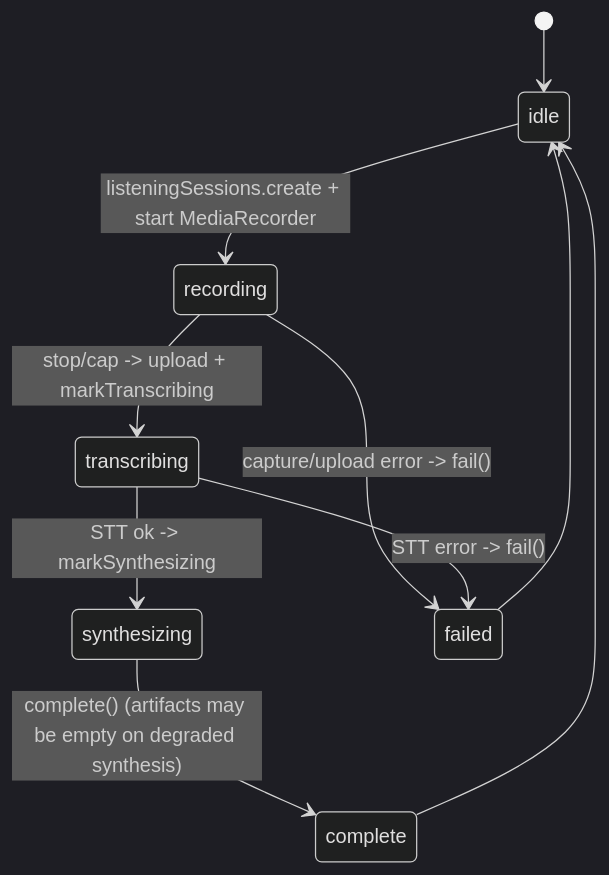
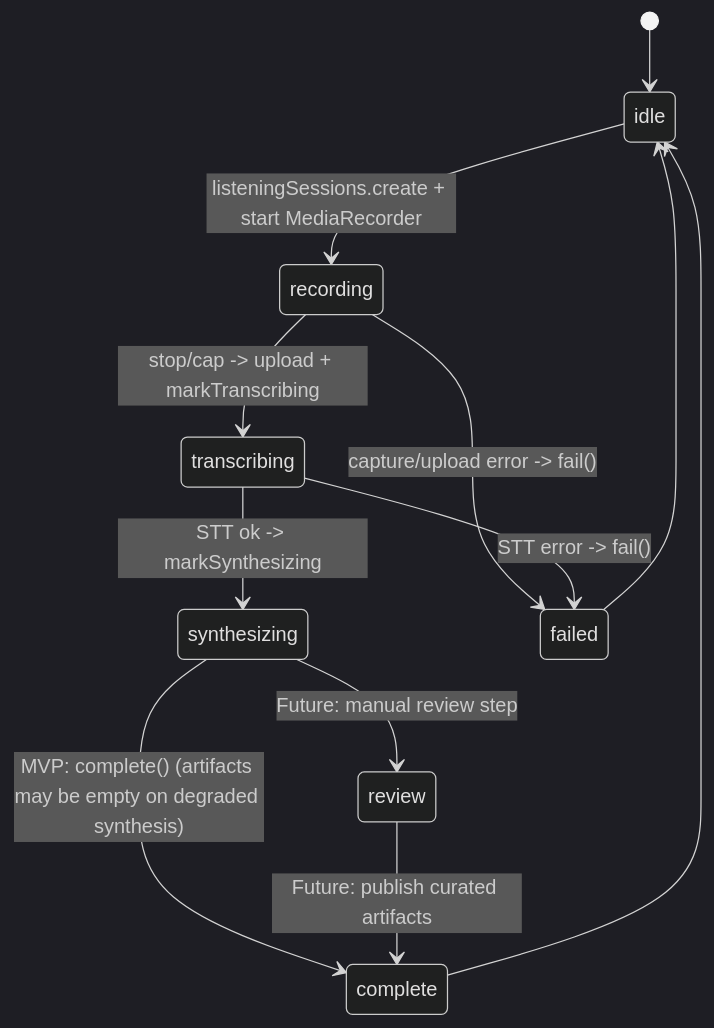
Before and after one commit to misty-step/bibliomnomnom: the first of 2 diagrams in docs/flows/listening-sessions.md, drawn with Mermaid (dark theme). The commit also changed other lines of this file and 2 other files, not shown here.

Commit message:
perf(listening-sessions): bound synthesis context

````diff
--- a/docs/flows/listening-sessions.md
+++ b/docs/flows/listening-sessions.md
@@ -48,12 +50,14 @@
 ```mermaid
 stateDiagram-v2
     [*] --> idle
     idle --> recording: listeningSessions.create + start MediaRecorder
     recording --> transcribing: stop/cap -> upload + markTranscribing
     transcribing --> synthesizing: STT ok -> markSynthesizing
-    synthesizing --> complete: complete() (artifacts may be empty on degraded synthesis)
+    synthesizing --> complete: MVP: complete() (artifacts may be empty on degraded synthesis)
+    synthesizing --> review: Future: manual review step
+    review --> complete: Future: publish curated artifacts
     recording --> failed: capture/upload error -> fail()
     transcribing --> failed: STT error -> fail()
     complete --> idle
     failed --> idle
 ```
````
